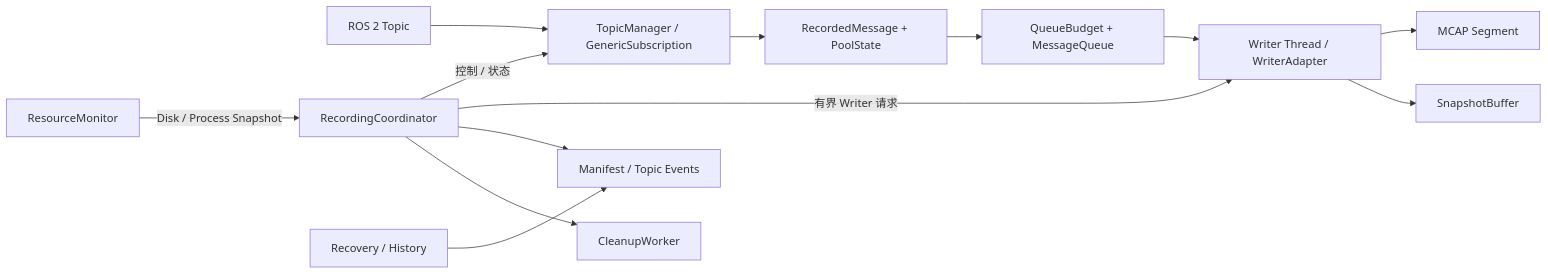
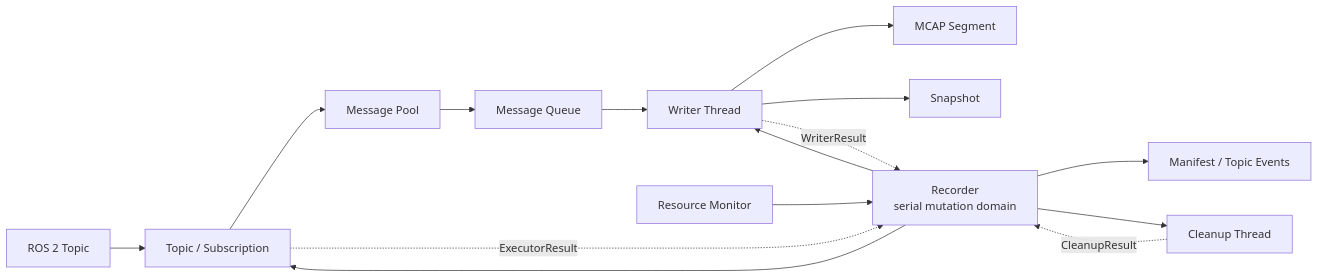
One commit to SiYueY/ros2_bag changed the second of 8 diagrams in docs/recorder.md. Above: the diagram before and after it, drawn with Mermaid. The commit also changed other lines of this file and 11 other files, not shown here.

````diff
--- a/docs/recorder.md
+++ b/docs/recorder.md
@@ -43,15 +335,20 @@
 ```mermaid
 flowchart LR
-    Pub["ROS 2 Topic"] --> Sub["TopicManager / GenericSubscription"]
-    Sub --> Pool["RecordedMessage + PoolState"]
-    Pool --> Queue["QueueBudget + MessageQueue"]
-    Queue --> Writer["Writer Thread / WriterAdapter"]
-    Writer --> MCAP["MCAP Segment"]
-    Writer --> Snapshot["SnapshotBuffer"]
-    Coordinator["RecordingCoordinator"] -->|"控制 / 状态"| Sub
-    Coordinator -->|"有界 Writer 请求"| Writer
-    Coordinator --> Manifest["Manifest / Topic Events"]
-    Coordinator --> Cleanup["CleanupWorker"]
-    Monitor["ResourceMonitor"] -->|"Disk / Process Snapshot"| Coordinator
-    Recovery["Recovery / History"] --> Manifest
+    ROS["ROS 2 Topic"] --> TOPIC["Topic / Subscription"]
+    TOPIC --> POOL["Message Pool"]
+    POOL --> QUEUE["Message Queue"]
+    QUEUE --> WRITER["Writer Thread"]
+    WRITER --> MCAP["MCAP Segment"]
+    WRITER --> SNAP["Snapshot"]
+
+    REC["Recorder\nserial mutation domain"] --> TOPIC
+    REC --> WRITER
+    REC --> PERSIST["Manifest / Topic Events"]
+    REC --> CLEAN["Cleanup Thread"]
+
+    MON["Resource Monitor"] --> REC
+
+    WRITER -. "WriterResult" .-> REC
+    CLEAN -. "CleanupResult" .-> REC
+    TOPIC -. "ExecutorResult" .-> REC
 ```
````
